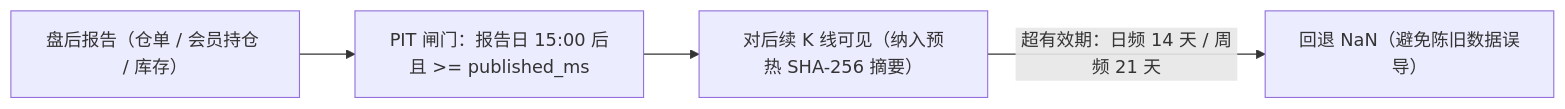
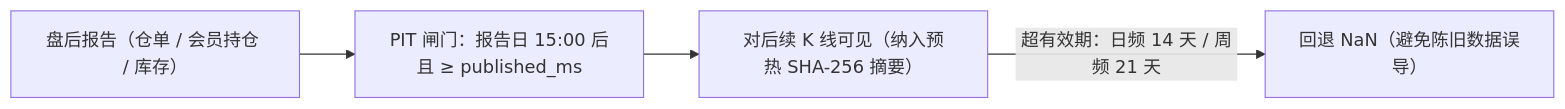
The second of 5 diagrams in docs/lab/README.md (isqiwen/asterion-terminal), drawn with Mermaid before and after one commit. The commit also changed other lines of this file and 2 other files, not shown here.

Commit message:
docs: fix warehouse deployment anchor and sanitize Mermaid labels

````diff
--- a/docs/lab/README.md
+++ b/docs/lab/README.md
@@ -28,6 +28,6 @@
 ```mermaid
 flowchart LR
-  Report["盘后报告（仓单 / 会员持仓 / 库存）"] --> Gate["PIT 闸门：报告日 15:00 后且 >= published_ms"]
+  Report["盘后报告（仓单 / 会员持仓 / 库存）"] --> Gate["PIT 闸门：报告日 15:00 后且 ≥ published_ms"]
   Gate --> Visible["对后续 K 线可见（纳入预热 SHA-256 摘要）"]
   Visible -->|超有效期：日频 14 天 / 周频 21 天| Expire["回退 NaN（避免陈旧数据误导）"]
 ```
````
